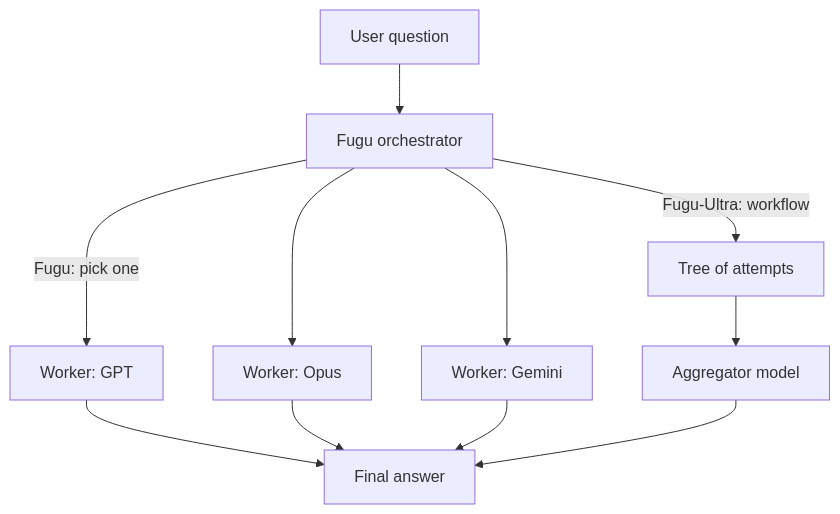
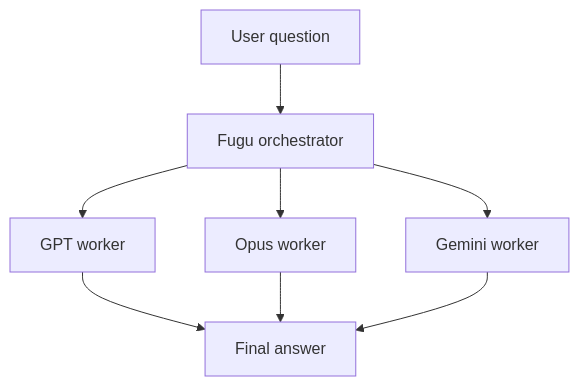
The first of 3 diagrams in notes/step-10-ai-agents-and-agentic-systems/134-decoding-sakana-fugu.md (kaisarnajar/outcome-school-blogs), drawn with Mermaid before and after one commit. The commit also changed other lines of this file and 233 other files, not shown here.

````diff
--- a/notes/step-10-ai-agents-and-agentic-systems/134-decoding-sakana-fugu.md
+++ b/notes/step-10-ai-agents-and-agentic-systems/134-decoding-sakana-fugu.md
@@ -48,13 +82,10 @@
 ```mermaid
 flowchart TD
     Q["User question"] --> F["Fugu orchestrator"]
-    F -->|"Fugu: pick one"| W1["Worker: GPT"]
-    F --> W2["Worker: Opus"]
-    F --> W3["Worker: Gemini"]
-    F -->|"Fugu-Ultra: workflow"| T["Tree of attempts"]
-    T --> AG["Aggregator model"]
+    F --> W1["GPT worker"]
+    F --> W2["Opus worker"]
+    F --> W3["Gemini worker"]
     W1 --> A["Final answer"]
     W2 --> A
     W3 --> A
-    AG --> A
 ```
````
